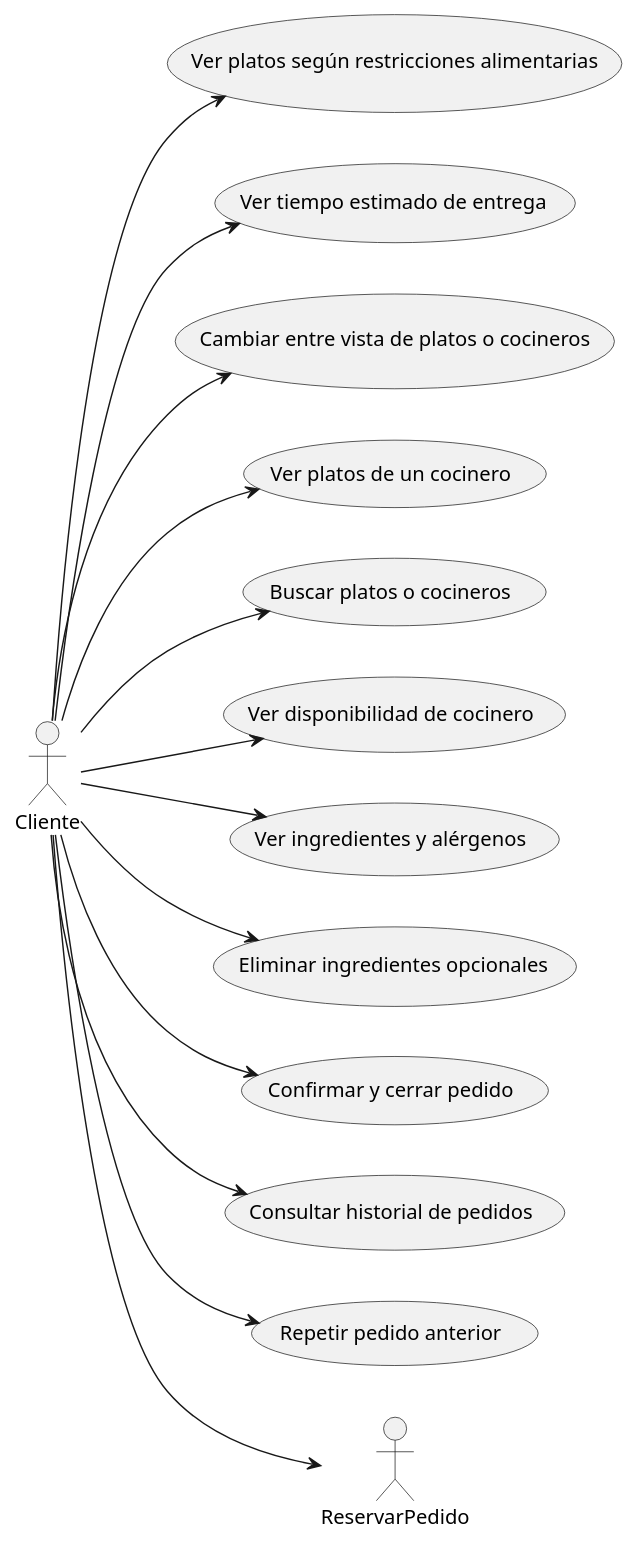
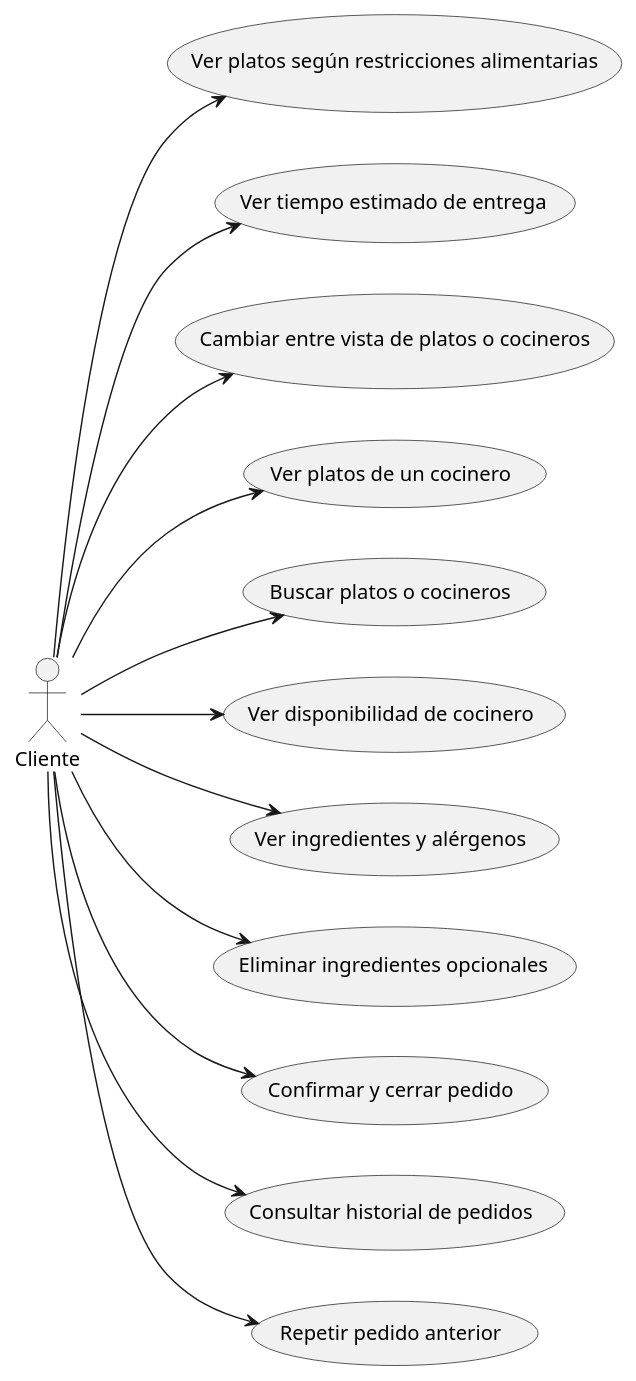
The diagram in documents/Diagrames Casos d'Us/Code Plantuml/code_bloq2.pUML (dabien3/ES25UAB-511-05), drawn with PlantUML before and after one commit.

```diff
--- a/documents/Diagrames Casos d'Us/Code Plantuml/code_bloq2.pUML
+++ b/documents/Diagrames Casos d'Us/Code Plantuml/code_bloq2.pUML
@@ -1,32 +1,31 @@
 @startuml
 left to right direction
 
 actor Cliente
 
 usecase "Ver platos según restricciones alimentarias" as VerPlatosRestricciones
 usecase "Ver tiempo estimado de entrega" as VerTiempoEntrega
 usecase "Cambiar entre vista de platos o cocineros" as CambiarVista
 usecase "Ver platos de un cocinero" as VerPlatosCocinero
 usecase "Buscar platos o cocineros" as Buscar
 usecase "Ver disponibilidad de cocinero" as DisponibilidadCocinero
 usecase "Ver ingredientes y alérgenos" as VerIngredientes
 usecase "Eliminar ingredientes opcionales" as EliminarIngredientes
 usecase "Confirmar y cerrar pedido" as ConfirmarPedido
 usecase "Consultar historial de pedidos" as HistorialPedidos
 usecase "Repetir pedido anterior" as RepetirPedido
 
 
 Cliente --> VerPlatosRestricciones
 Cliente --> VerTiempoEntrega
 Cliente --> CambiarVista
 Cliente --> VerPlatosCocinero
 Cliente --> Buscar
 Cliente --> DisponibilidadCocinero
-Cliente --> ReservarPedido
 Cliente --> VerIngredientes
 Cliente --> EliminarIngredientes
 Cliente --> ConfirmarPedido
 Cliente --> HistorialPedidos
 Cliente --> RepetirPedido
 
 @enduml
```
